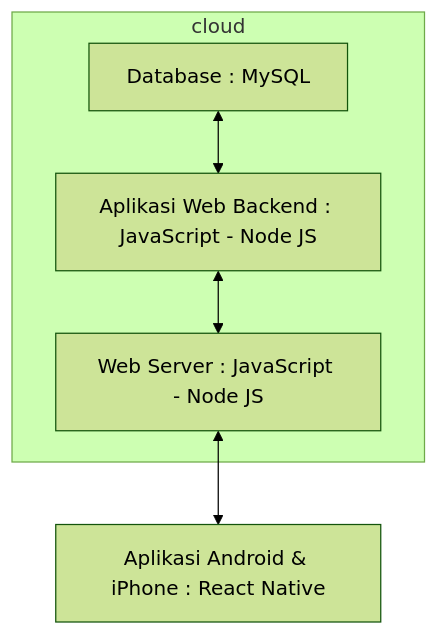
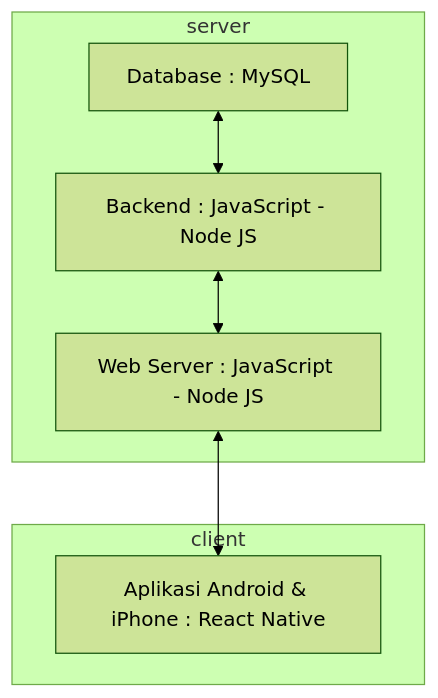
The second of 2 diagrams in AJS.md (joelaey/Design), drawn with Mermaid (forest theme) before and after one commit.

````diff
--- a/AJS.md
+++ b/AJS.md
@@ -117,8 +117,11 @@
 ```mermaid
   flowchart TD
-    subgraph cloud
-         A[Database : MySQL] <-->B[Aplikasi Web Backend : JavaScript - Node JS]
+    subgraph server
+         A[Database : MySQL] <-->B[Backend : JavaScript - Node JS]
          B <--> C[Web Server : JavaScript - Node JS]
     end
+
+    subgraph client
          C <-->D[Aplikasi Android & iPhone : React Native]
+    end
 ```
````
